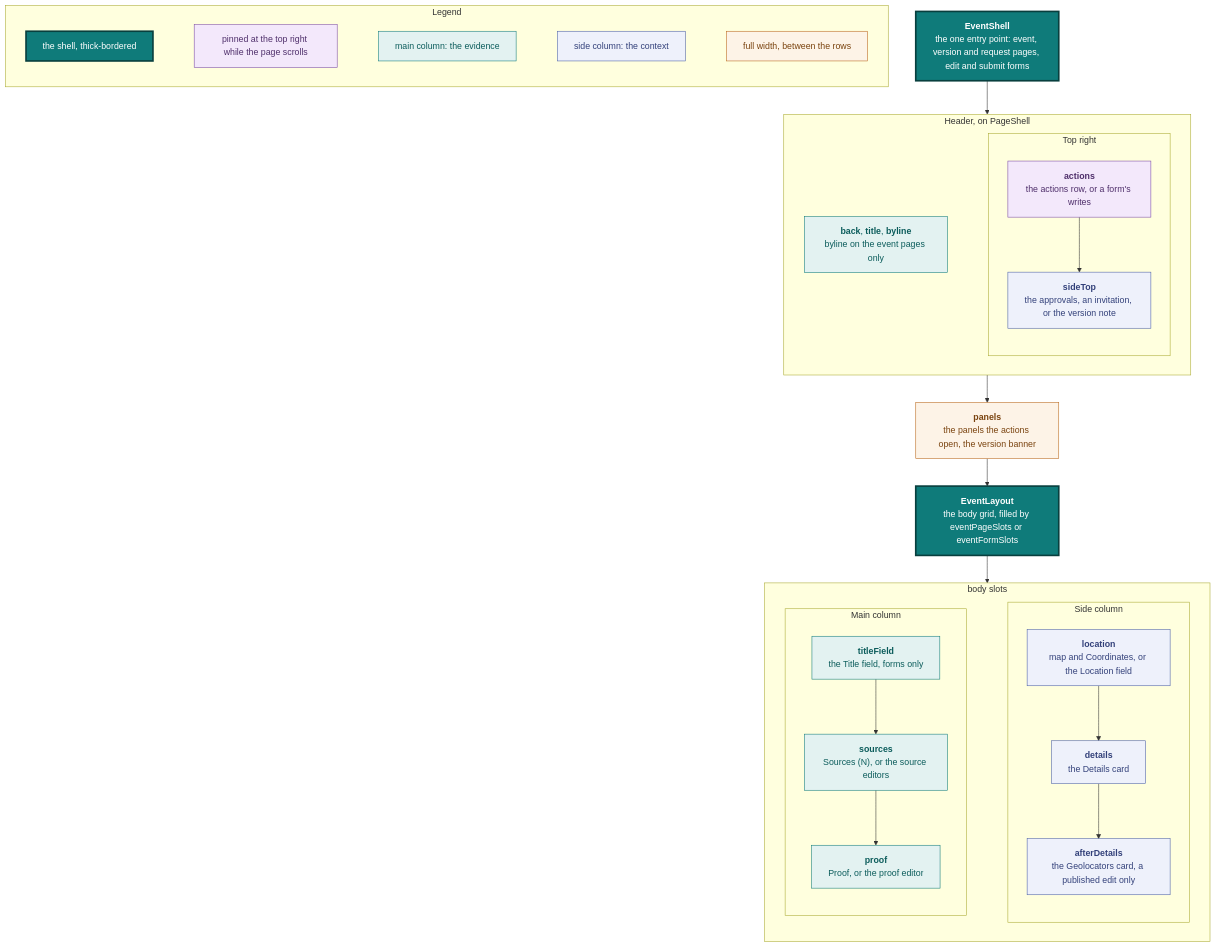
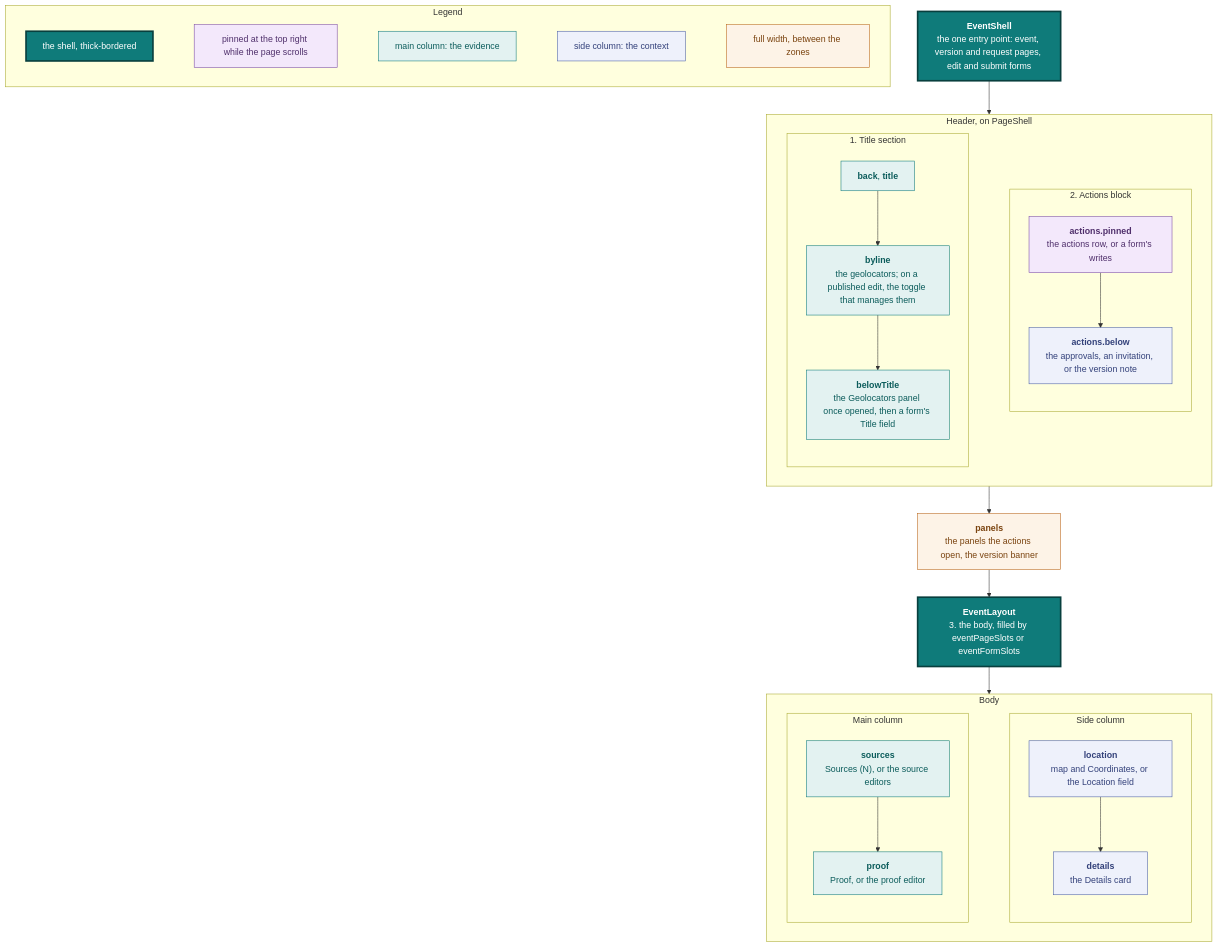
The sixth of 15 diagrams in docs/design.md (vidithq/vidit), drawn with Mermaid before and after one commit. The commit also changed other lines of this file and 20 other files, not shown here.

First line of the commit message:
feat(frontend): reduce the event shell to a title, an actions block and a body

````diff
--- a/docs/design.md
+++ b/docs/design.md
@@ -689,69 +689,72 @@
 ```mermaid
 flowchart TB
   classDef core fill:#0f7b7a,stroke:#083f3e,stroke-width:3px,color:#ffffff
   classDef pinned fill:#f3e8fb,stroke:#7a4aa5,color:#4f2f6b
   classDef shared fill:#e3f2f1,stroke:#0f7b7a,color:#0b5c5b
   classDef spec fill:#eef1fb,stroke:#4a5fa5,color:#33417a
   classDef state fill:#fdf3e7,stroke:#b8661a,color:#7a430f
 
   subgraph legend [Legend]
     direction LR
     l1["`the shell, thick-bordered`"]:::core
     l5["`pinned at the top right while the page scrolls`"]:::pinned
     l2["`main column: the evidence`"]:::shared
     l3["`side column: the context`"]:::spec
-    l4["`full width, between the rows`"]:::state
+    l4["`full width, between the zones`"]:::state
     l1 ~~~ l5 ~~~ l2 ~~~ l3 ~~~ l4
   end
 
   shell["`**EventShell**
   the one entry point: event, version and request pages, edit and submit forms`"]:::core
 
   subgraph top [Header, on PageShell]
     direction LR
-    header["`**back**, **title**, **byline**
-    byline on the event pages only`"]:::shared
-    subgraph topside [Top right]
+    subgraph titlesection [1. Title section]
       direction TB
-      sticky["`**actions**
+      heading["`**back**, **title**`"]:::shared
+      byline["`**byline**
+      the geolocators; on a published edit, the toggle that manages them`"]:::shared
+      below["`**belowTitle**
+      the Geolocators panel once opened, then a form's Title field`"]:::shared
+      heading --> byline --> below
+    end
+    subgraph actionsblock [2. Actions block]
+      direction TB
+      pinned["`**actions.pinned**
       the actions row, or a form's writes`"]:::pinned
-      sidetop["`**sideTop**
+      under["`**actions.below**
       the approvals, an invitation, or the version note`"]:::spec
-      sticky --> sidetop
+      pinned --> under
     end
-    header ~~~ topside
+    titlesection ~~~ actionsblock
   end
 
   between["`**panels**
   the panels the actions open, the version banner`"]:::state
 
   layout["`**EventLayout**
-  the body grid, filled by eventPageSlots or eventFormSlots`"]:::core
+  3. the body, filled by eventPageSlots or eventFormSlots`"]:::core
 
-  subgraph body [body slots]
+  subgraph body [Body]
     direction LR
     subgraph main [Main column]
       direction TB
-      title["`**titleField**
-      the Title field, forms only`"]:::shared
       sources["`**sources**
       Sources (N), or the source editors`"]:::shared
       proof["`**proof**
       Proof, or the proof editor`"]:::shared
-      title --> sources --> proof
+      sources --> proof
     end
     subgraph side [Side column]
       direction TB
       location["`**location**
       map and Coordinates, or the Location field`"]:::spec
       details["`**details**
       the Details card`"]:::spec
-      after["`**afterDetails**
-      the Geolocators card, a published edit only`"]:::spec
-      location --> details --> after
+      location --> details
     end
     main ~~~ side
   end
 
   shell --> top --> between --> layout --> body
 ```
````
